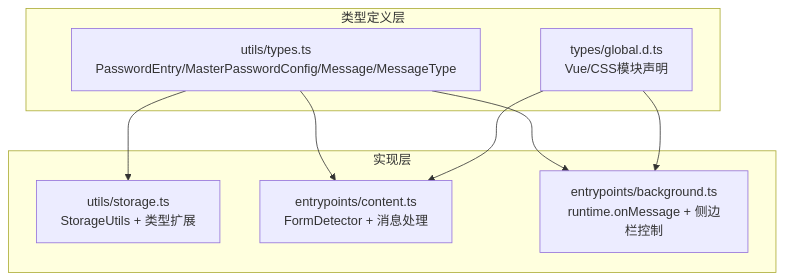
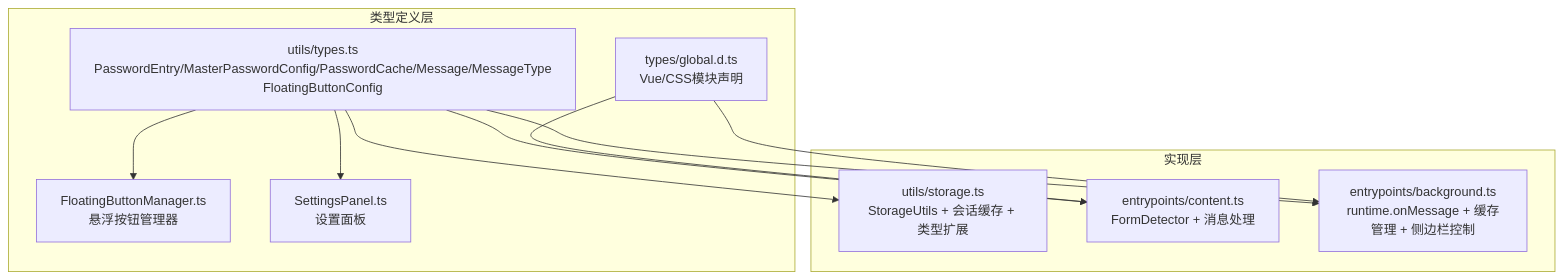
Before and after one commit to liaolongdong/account-password-helper: the first of 5 diagrams in .qoder/repowiki/zh/content/核心模块/类型定义.md, drawn with Mermaid. The commit also changed other lines of this file and 23 other files, not shown here.

````diff
--- a/.qoder/repowiki/zh/content/核心模块/类型定义.md
+++ b/.qoder/repowiki/zh/content/核心模块/类型定义.md
@@ -41,17 +58,21 @@
 ```mermaid
 graph TB
 subgraph "类型定义层"
-T1["utils/types.ts<br/>PasswordEntry/MasterPasswordConfig/Message/MessageType"]
+T1["utils/types.ts<br/>PasswordEntry/MasterPasswordConfig/PasswordCache/Message/MessageType<br/>FloatingButtonConfig"]
 T2["types/global.d.ts<br/>Vue/CSS模块声明"]
+FBM["FloatingButtonManager.ts<br/>悬浮按钮管理器"]
+SP["SettingsPanel.ts<br/>设置面板"]
 end
 subgraph "实现层"
-S1["utils/storage.ts<br/>StorageUtils + 类型扩展"]
+S1["utils/storage.ts<br/>StorageUtils + 会话缓存 + 类型扩展"]
 C1["entrypoints/content.ts<br/>FormDetector + 消息处理"]
-B1["entrypoints/background.ts<br/>runtime.onMessage + 侧边栏控制"]
+B1["entrypoints/background.ts<br/>runtime.onMessage + 缓存管理 + 侧边栏控制"]
 end
 T1 --> S1
 T1 --> C1
 T1 --> B1
+T1 --> FBM
+T1 --> SP
 T2 --> C1
 T2 --> B1
 ```
````
